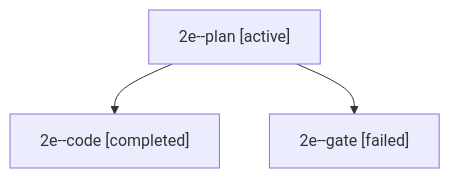
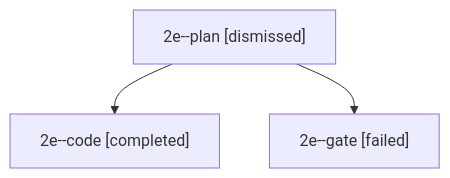
Before and after one commit to bobs-org/bob-cli--agents: the diagram in sessions/bbugyi200.apollo.2e.md, drawn with Mermaid. The commit also changed other lines of this file and 23 other files, not shown here.

````diff
--- a/sessions/bbugyi200.apollo.2e.md
+++ b/sessions/bbugyi200.apollo.2e.md
@@ -9,8 +9,8 @@
 ```mermaid
 flowchart TD
-  n0["2e--plan [active]"]
+  n0["2e--plan [dismissed]"]
   n1["2e--code [completed]"]
   n0 --> n1
   n2["2e--gate [failed]"]
   n0 --> n2
 ```
````
